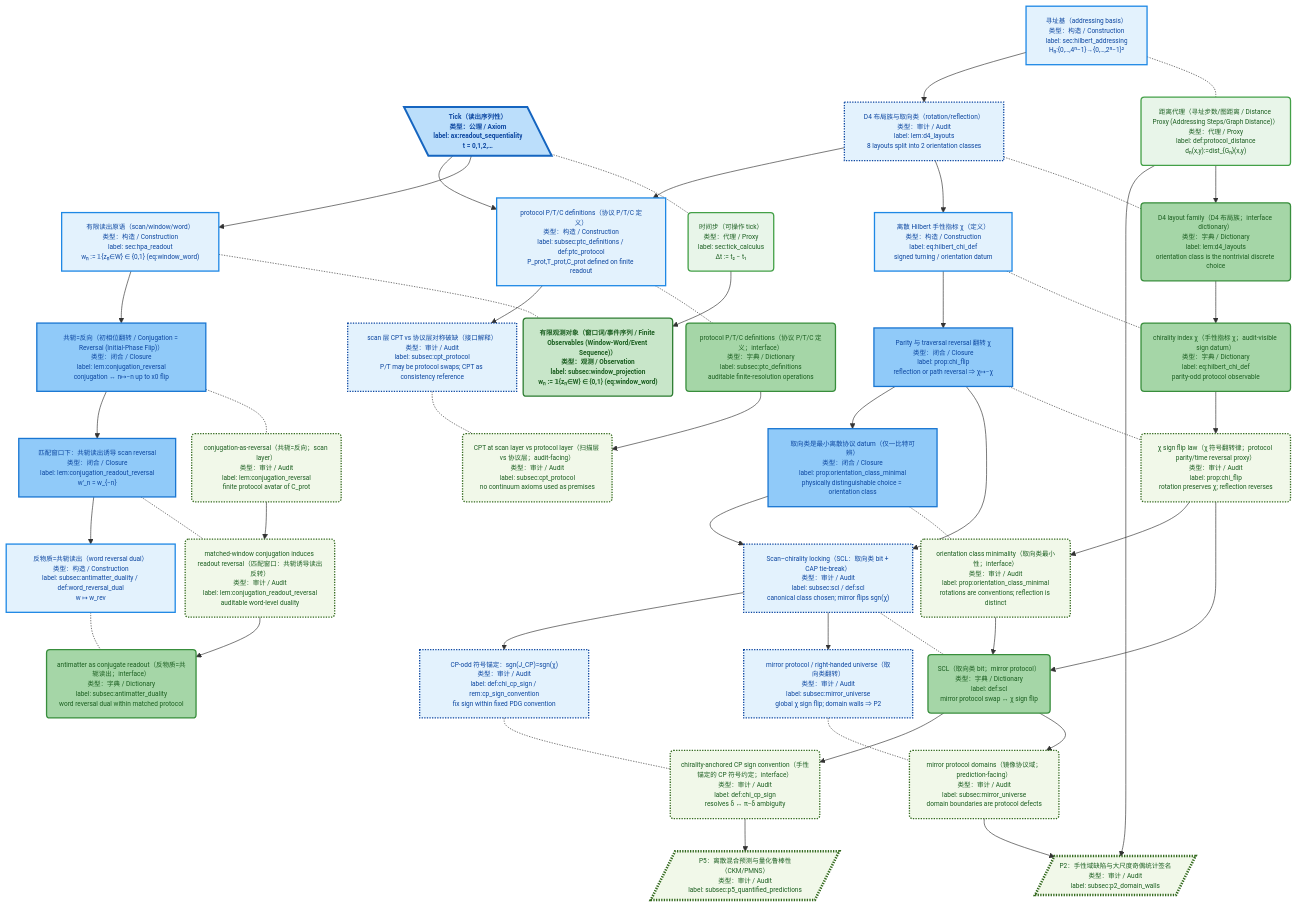
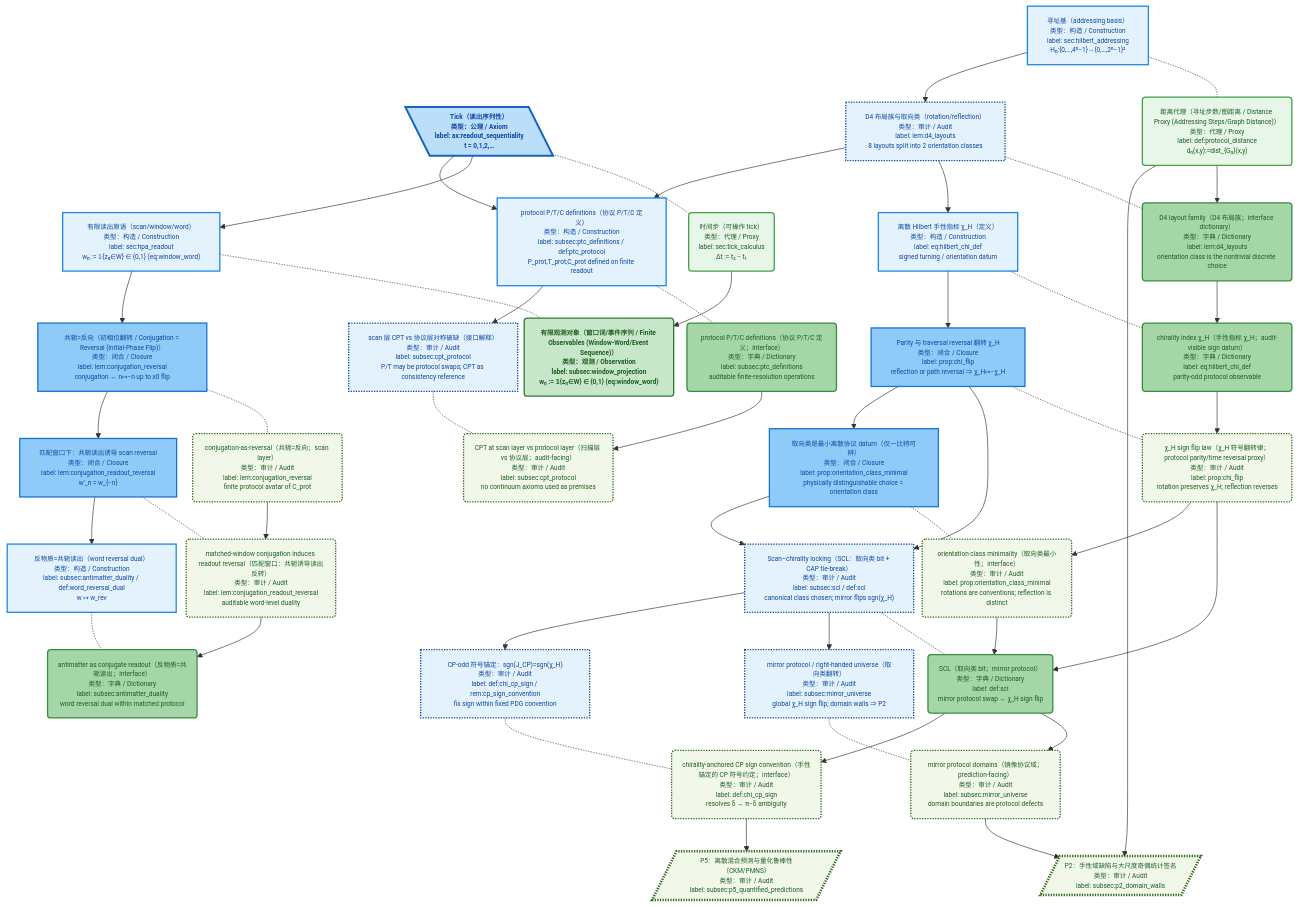
One commit to loning/the-omega changed the fourth of 11 diagrams in docs/papers/2025_z128_standard_model_stable_sector_hpa_omega/architecture_dag.md. Above: the diagram before and after it, drawn with Mermaid. The commit also changed other lines of this file and 18 other files, not shown here.

```diff
--- a/docs/papers/2025_z128_standard_model_stable_sector_hpa_omega/architecture_dag.md
+++ b/docs/papers/2025_z128_standard_model_stable_sector_hpa_omega/architecture_dag.md
@@ -320,20 +320,20 @@
   P_d4_layouts("D4 layout family（D4 布局族；interface dictionary）<br/>类型：字典 / Dictionary<br/>label: lem:d4_layouts<br/>orientation class is the nontrivial discrete choice")
   M_d4_layouts -.- P_d4_layouts
 
-  M_chi_def["离散 Hilbert 手性指标 χ（定义）<br/>类型：构造 / Construction<br/>label: eq:hilbert_chi_def<br/>signed turning / orientation datum"]
-  P_chi_def("chirality index χ（手性指标 χ；audit-visible sign datum）<br/>类型：字典 / Dictionary<br/>label: eq:hilbert_chi_def<br/>parity-odd protocol observable")
+  M_chi_def["离散 Hilbert 手性指标 χ_H（定义）<br/>类型：构造 / Construction<br/>label: eq:hilbert_chi_def<br/>signed turning / orientation datum"]
+  P_chi_def("chirality index χ_H（手性指标 χ_H；audit-visible sign datum）<br/>类型：字典 / Dictionary<br/>label: eq:hilbert_chi_def<br/>parity-odd protocol observable")
   M_chi_def -.- P_chi_def
 
-  M_chi_flip["Parity 与 traversal reversal 翻转 χ<br/>类型：闭合 / Closure<br/>label: prop:chi_flip<br/>reflection or path reversal ⇒ χ↦−χ"]
-  P_chi_flip("χ sign flip law（χ 符号翻转律；protocol parity/time reversal proxy）<br/>类型：审计 / Audit<br/>label: prop:chi_flip<br/>rotation preserves χ; reflection reverses")
+  M_chi_flip["Parity 与 traversal reversal 翻转 χ_H<br/>类型：闭合 / Closure<br/>label: prop:chi_flip<br/>reflection or path reversal ⇒ χ_H↦−χ_H"]
+  P_chi_flip("χ_H sign flip law（χ_H 符号翻转律；protocol parity/time reversal proxy）<br/>类型：审计 / Audit<br/>label: prop:chi_flip<br/>rotation preserves χ_H; reflection reverses")
   M_chi_flip -.- P_chi_flip
 
   M_ptc_defs["protocol P/T/C definitions（协议 P/T/C 定义）<br/>类型：构造 / Construction<br/>label: subsec:ptc_definitions / def:ptc_protocol<br/>P_prot,T_prot,C_prot defined on finite readout"]
   P_ptc_defs("protocol P/T/C definitions（协议 P/T/C 定义；interface）<br/>类型：字典 / Dictionary<br/>label: subsec:ptc_definitions<br/>auditable finite-resolution operations")
   M_ptc_defs -.- P_ptc_defs
 
-  M_scl["Scan–chirality locking（SCL：取向类 bit + CAP tie-break）<br/>类型：审计 / Audit<br/>label: subsec:scl / def:scl<br/>canonical class chosen; mirror flips sgn(χ)"]
-  P_scl("SCL（取向类 bit；mirror protocol）<br/>类型：字典 / Dictionary<br/>label: def:scl<br/>mirror protocol swap ↔ χ sign flip")
+  M_scl["Scan–chirality locking（SCL：取向类 bit + CAP tie-break）<br/>类型：审计 / Audit<br/>label: subsec:scl / def:scl<br/>canonical class chosen; mirror flips sgn(χ_H)"]
+  P_scl("SCL（取向类 bit；mirror protocol）<br/>类型：字典 / Dictionary<br/>label: def:scl<br/>mirror protocol swap ↔ χ_H sign flip")
   M_scl -.- P_scl
 
   M_orientation_min["取向类是最小离散协议 datum（仅一比特可辨）<br/>类型：闭合 / Closure<br/>label: prop:orientation_class_minimal<br/>physically distinguishable choice = orientation class"]
@@ -352,7 +352,7 @@
   P_antimatter_dual("antimatter as conjugate readout（反物质=共轭读出；interface）<br/>类型：字典 / Dictionary<br/>label: subsec:antimatter_duality<br/>word reversal dual within matched protocol")
   M_antimatter_dual -.- P_antimatter_dual
 
-  M_cp_sign_anchor["CP-odd 符号锚定：sgn(J_CP)=sgn(χ)<br/>类型：审计 / Audit<br/>label: def:chi_cp_sign / rem:cp_sign_convention<br/>fix sign within fixed PDG convention"]
+  M_cp_sign_anchor["CP-odd 符号锚定：sgn(J_CP)=sgn(χ_H)<br/>类型：审计 / Audit<br/>label: def:chi_cp_sign / rem:cp_sign_convention<br/>fix sign within fixed PDG convention"]
   P_cp_sign_anchor("chirality-anchored CP sign convention（手性锚定的 CP 符号约定；interface）<br/>类型：审计 / Audit<br/>label: def:chi_cp_sign<br/>resolves δ ↔ π−δ ambiguity")
   M_cp_sign_anchor -.- P_cp_sign_anchor
 
@@ -360,7 +360,7 @@
   P_cpt_protocol("CPT at scan layer vs protocol layer（扫描层 vs 协议层；audit-facing）<br/>类型：审计 / Audit<br/>label: subsec:cpt_protocol<br/>no continuum axioms used as premises")
   M_cpt_protocol -.- P_cpt_protocol
 
-  M_mirror_universe["mirror protocol / right-handed universe（取向类翻转）<br/>类型：审计 / Audit<br/>label: subsec:mirror_universe<br/>global χ sign flip; domain walls ⇒ P2"]
+  M_mirror_universe["mirror protocol / right-handed universe（取向类翻转）<br/>类型：审计 / Audit<br/>label: subsec:mirror_universe<br/>global χ_H sign flip; domain walls ⇒ P2"]
   P_mirror_universe("mirror protocol domains（镜像协议域；prediction-facing）<br/>类型：审计 / Audit<br/>label: subsec:mirror_universe<br/>domain boundaries are protocol defects")
   M_mirror_universe -.- P_mirror_universe
 
```
